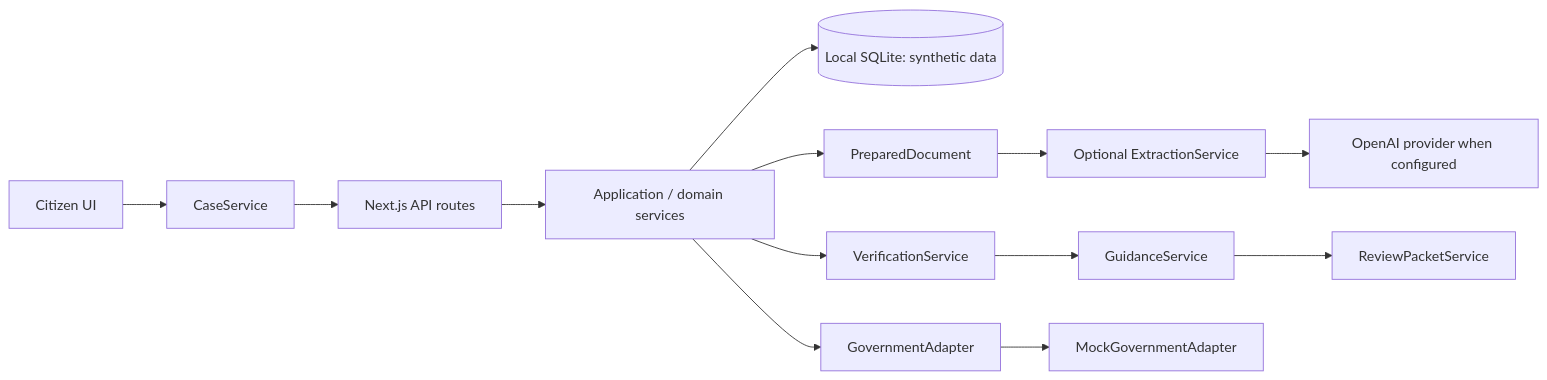
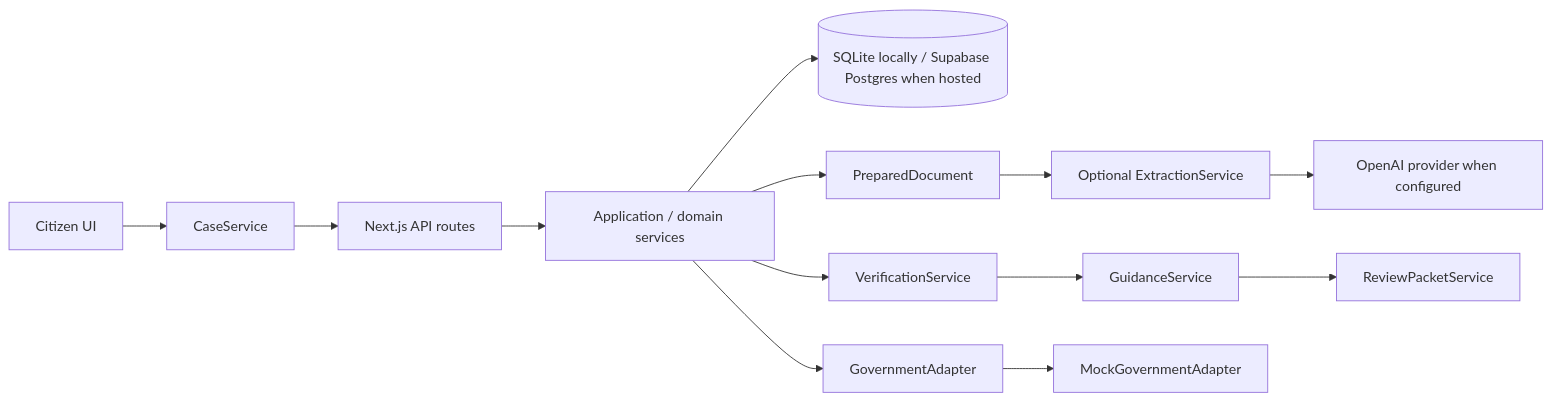
Before and after one commit to Haus-Nous/bhoomi-check: the first of 2 diagrams in docs/ARCHITECTURE.md, drawn with Mermaid. The commit also changed other lines of this file and 45 other files, not shown here.

Commit message:
Phase 15: add Supabase Postgres deployment adapter

````diff
--- a/docs/ARCHITECTURE.md
+++ b/docs/ARCHITECTURE.md
@@ -5,15 +5,15 @@
 ```mermaid
 flowchart LR
   UI[Citizen UI] --> CS[CaseService]
   CS --> API[Next.js API routes]
   API --> APP[Application / domain services]
-  APP --> DB[(Local SQLite: synthetic data)]
+  APP --> DB[(SQLite locally / Supabase Postgres when hosted)]
   APP --> PREP[PreparedDocument]
   PREP --> EXT[Optional ExtractionService]
   EXT --> OAI[OpenAI provider when configured]
   APP --> VER[VerificationService]
   VER --> GUIDE[GuidanceService]
   GUIDE --> PACKET[ReviewPacketService]
   APP --> GOV[GovernmentAdapter]
   GOV --> MOCK[MockGovernmentAdapter]
 ```
````
